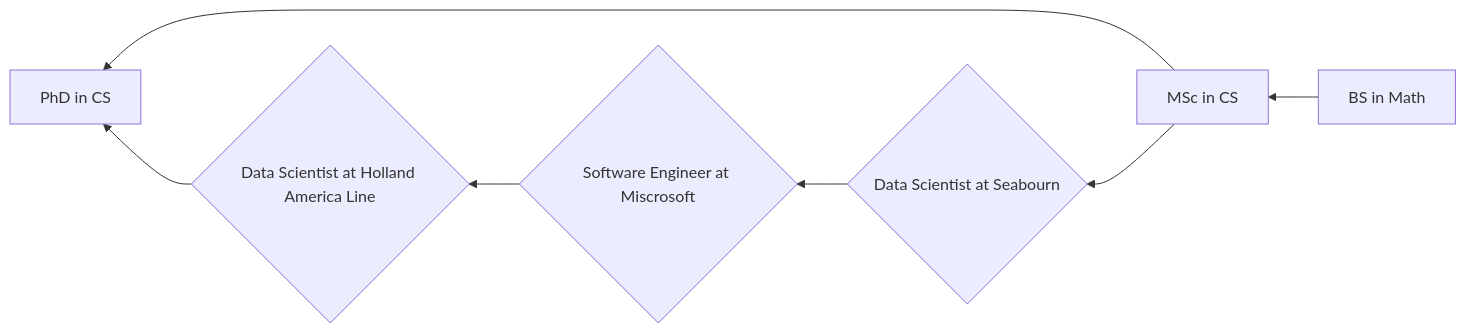
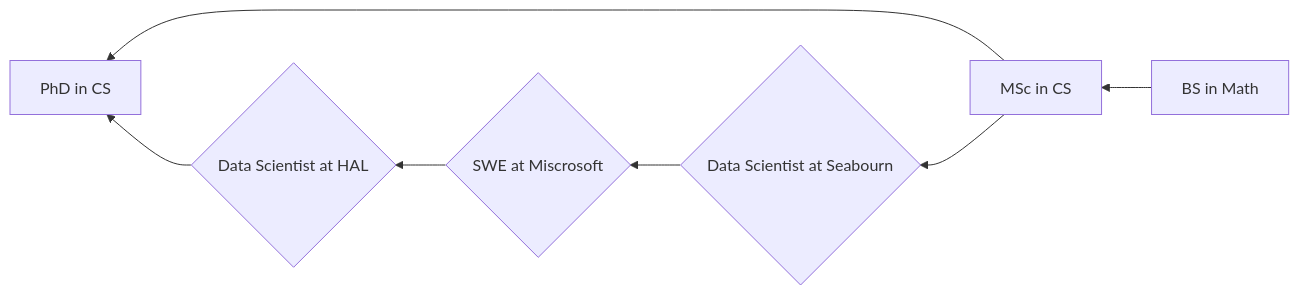
One commit to LeyliG/LeyliG changed the diagram in README.md. Above: the diagram before and after it, drawn with Mermaid.

````diff
--- a/README.md
+++ b/README.md
@@ -35,9 +35,9 @@
 ```mermaid  
   flowchart RL
       A[BS in Math] --> B[MSc in CS ];
       B --> C[PhD in CS];
       B --> D{Data Scientist at Seabourn};
-      D --> E{Software Engineer at Miscrosoft};
-      E --> F{Data Scientist at Holland America Line};
+      D --> E{SWE at Miscrosoft};
+      E --> F{Data Scientist at HAL};
       F --> C;
 ```
````
